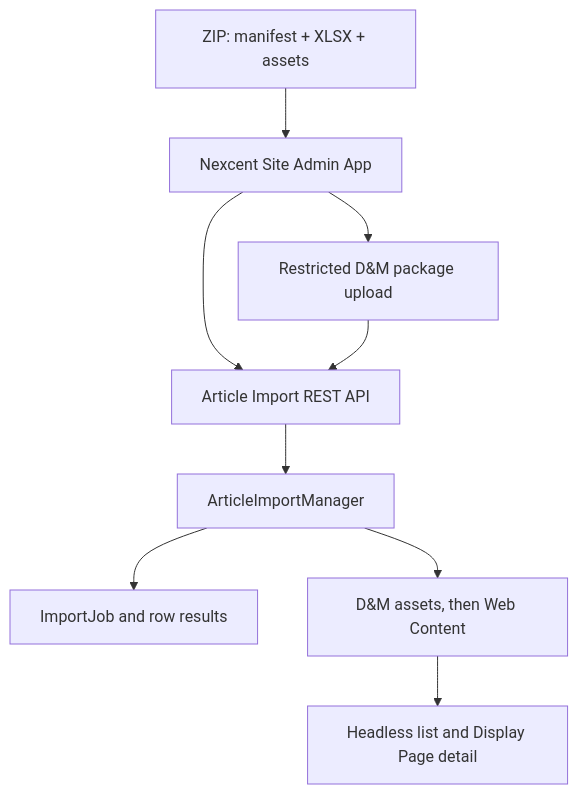
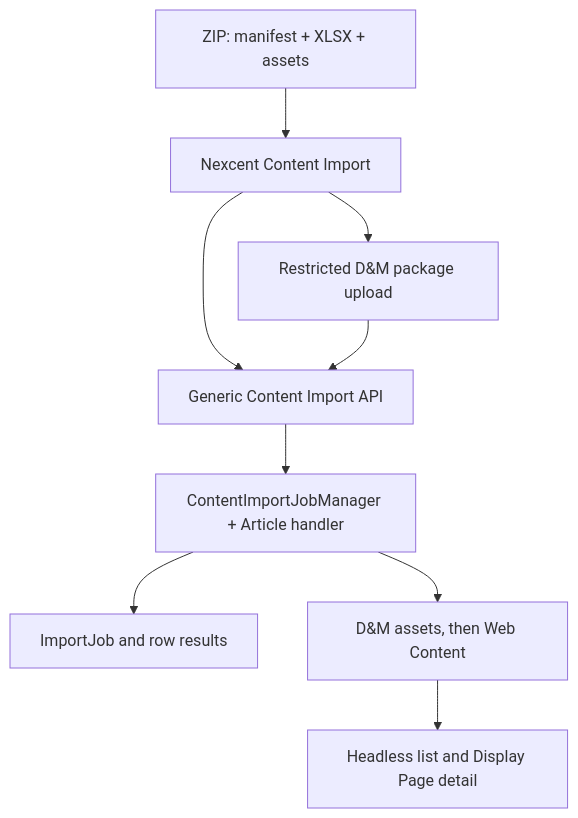
Before and after one commit to hungtvb/liferay-mini: the first of 2 diagrams in docs/architecture/article-content-pipeline.md, drawn with Mermaid. The commit also changed other lines of this file, not shown here.

Commit message:
docs(article): make Article the first generic import profile

````diff
--- a/docs/architecture/article-content-pipeline.md
+++ b/docs/architecture/article-content-pipeline.md
@@ -28,11 +30,11 @@
 ```mermaid
 flowchart TD
-    A["ZIP: manifest + XLSX + assets"] --> B["Nexcent Site Admin App"]
+    A["ZIP: manifest + XLSX + assets"] --> B["Nexcent Content Import"]
     B --> C["Restricted D&M package upload"]
-    B --> D["Article Import REST API"]
+    B --> D["Generic Content Import API"]
     C --> D
-    D --> E["ArticleImportManager"]
+    D --> E["ContentImportJobManager + Article handler"]
     E --> F["ImportJob and row results"]
     E --> G["D&M assets, then Web Content"]
     G --> H["Headless list and Display Page detail"]
 ```
````
